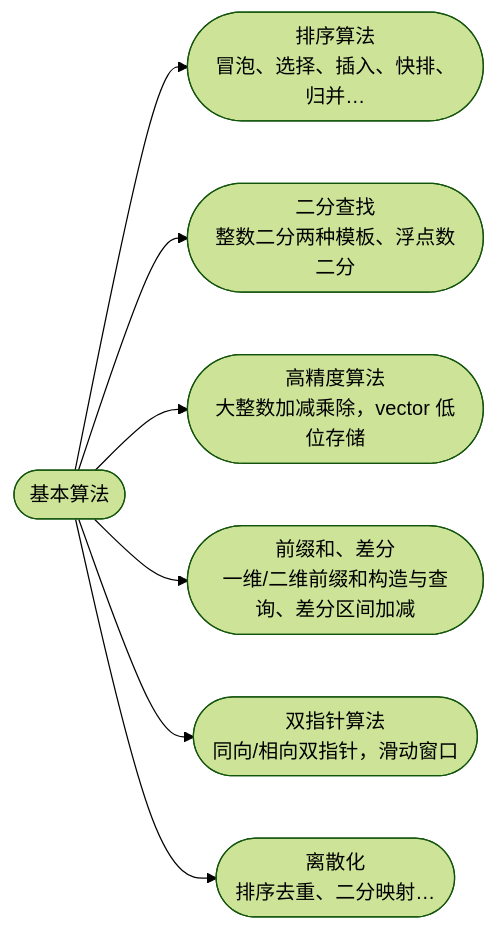
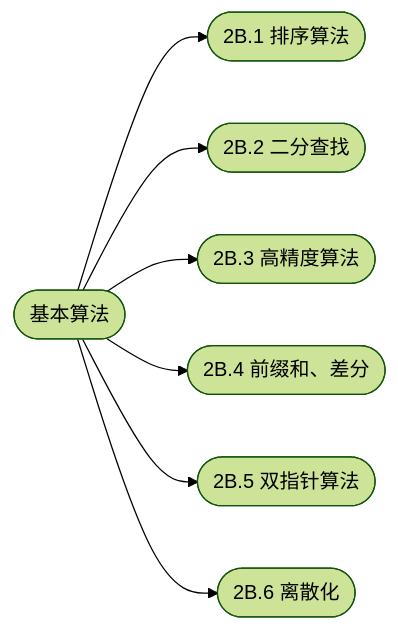
The diagram in 2B-基本算法/index.md (cuberxl/Coders-Note), drawn with Mermaid (forest theme) before and after one commit. The commit also changed other lines of this file and 153 other files, not shown here.

````diff
--- a/2B-基本算法/index.md
+++ b/2B-基本算法/index.md
@@ -26,10 +26,10 @@
 ```mermaid
 flowchart LR
     R(["基本算法"])
-    R --> N1(["排序算法<br/>冒泡、选择、插入、快排、归并…"])
-    R --> N2(["二分查找<br/>整数二分两种模板、浮点数二分"])
-    R --> N3(["高精度算法<br/>大整数加减乘除，vector 低位存储"])
-    R --> N4(["前缀和、差分<br/>一维/二维前缀和构造与查询、差分区间加减"])
-    R --> N5(["双指针算法<br/>同向/相向双指针，滑动窗口"])
-    R --> N6(["离散化<br/>排序去重、二分映射…"])
+    R --> N1(["2B.1 排序算法"])
+    R --> N2(["2B.2 二分查找"])
+    R --> N3(["2B.3 高精度算法"])
+    R --> N4(["2B.4 前缀和、差分"])
+    R --> N5(["2B.5 双指针算法"])
+    R --> N6(["2B.6 离散化"])
 ```
````
